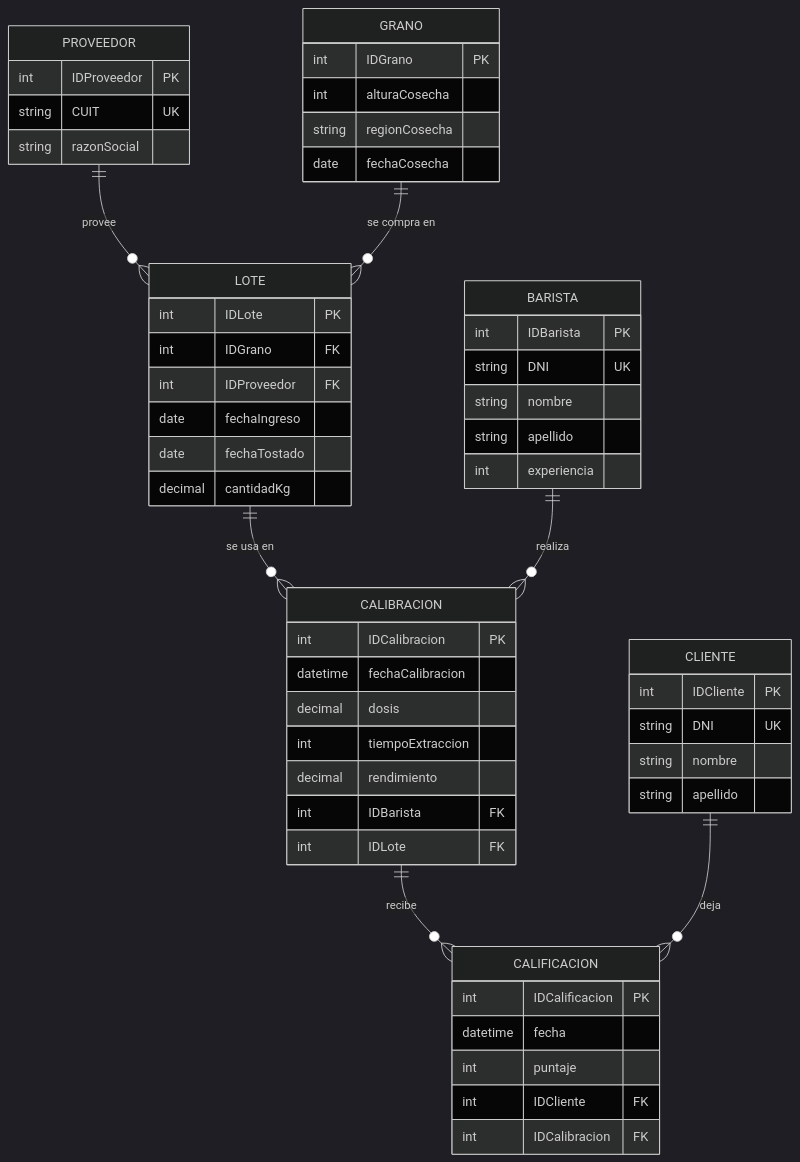
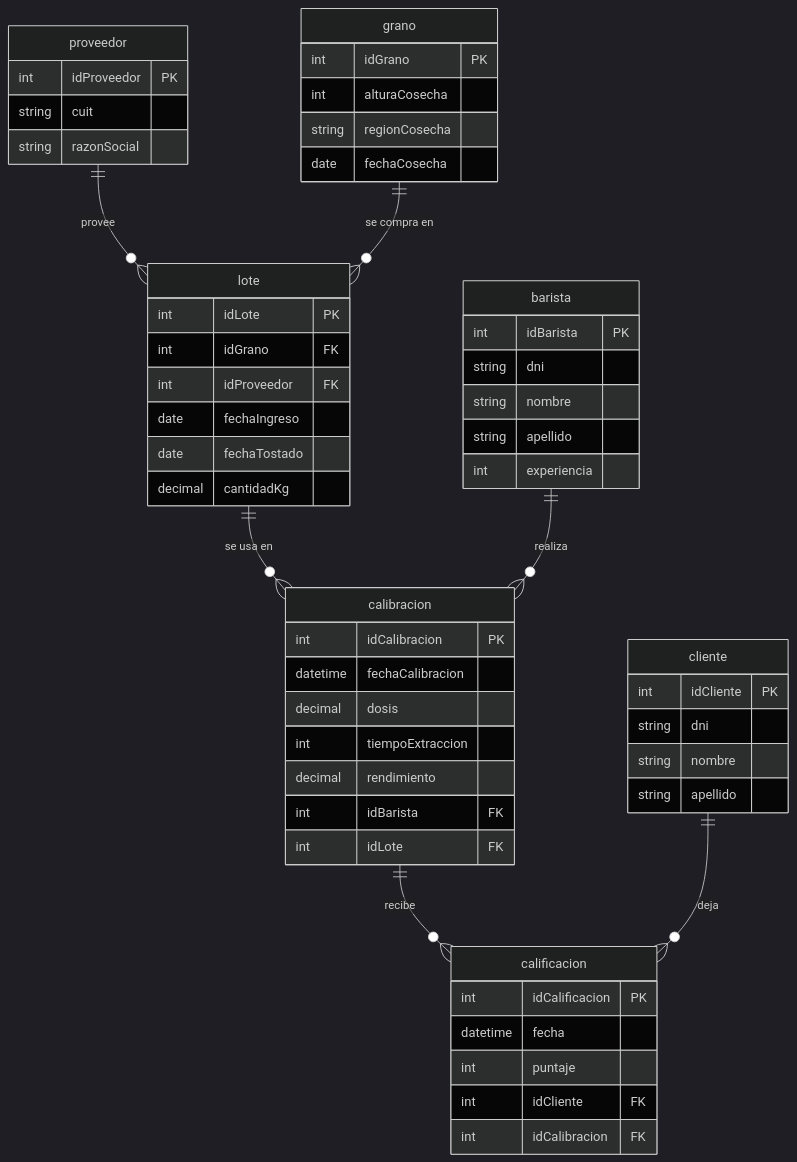
Before and after one commit to LPR17/cafetear: the diagram in DER.md, drawn with Mermaid (dark theme). The commit also changed other lines of this file and 32 other files, not shown here.

````diff
--- a/DER.md
+++ b/DER.md
@@ -3,58 +3,58 @@
 ```mermaid
 erDiagram
-    PROVEEDOR {
-        int IDProveedor PK
-        string CUIT UK
+    proveedor {
+        int idProveedor PK
+        string cuit
         string razonSocial
     }
-    GRANO {
-        int IDGrano PK
+    grano {
+        int idGrano PK
         int alturaCosecha
         string regionCosecha
         date fechaCosecha
     }
-    LOTE {
-        int IDLote PK
-        int IDGrano FK
-        int IDProveedor FK
+    lote {
+        int idLote PK
+        int idGrano FK
+        int idProveedor FK
         date fechaIngreso
         date fechaTostado
         decimal cantidadKg
     }
-    BARISTA {
-        int IDBarista PK
-        string DNI UK
+    barista {
+        int idBarista PK
+        string dni
         string nombre
         string apellido
         int experiencia
     }
-    CALIBRACION {
-        int IDCalibracion PK
+    calibracion {
+        int idCalibracion PK
         datetime fechaCalibracion
         decimal dosis
         int tiempoExtraccion
         decimal rendimiento
-        int IDBarista FK
-        int IDLote FK
+        int idBarista FK
+        int idLote FK
     }
-    CLIENTE {
-        int IDCliente PK
-        string DNI UK
+    cliente {
+        int idCliente PK
+        string dni
         string nombre
         string apellido
     }
-    CALIFICACION {
-        int IDCalificacion PK
+    calificacion {
+        int idCalificacion PK
         datetime fecha
         int puntaje
-        int IDCliente FK
-        int IDCalibracion FK
+        int idCliente FK
+        int idCalibracion FK
     }
 
-    PROVEEDOR ||--o{ LOTE : provee
-    GRANO ||--o{ LOTE : "se compra en"
-    LOTE ||--o{ CALIBRACION : "se usa en"
-    BARISTA ||--o{ CALIBRACION : realiza
-    CALIBRACION ||--o{ CALIFICACION : recibe
-    CLIENTE ||--o{ CALIFICACION : deja
+    proveedor ||--o{ lote : provee
+    grano ||--o{ lote : "se compra en"
+    lote ||--o{ calibracion : "se usa en"
+    barista ||--o{ calibracion : realiza
+    calibracion ||--o{ calificacion : recibe
+    cliente ||--o{ calificacion : deja
 ```
````
